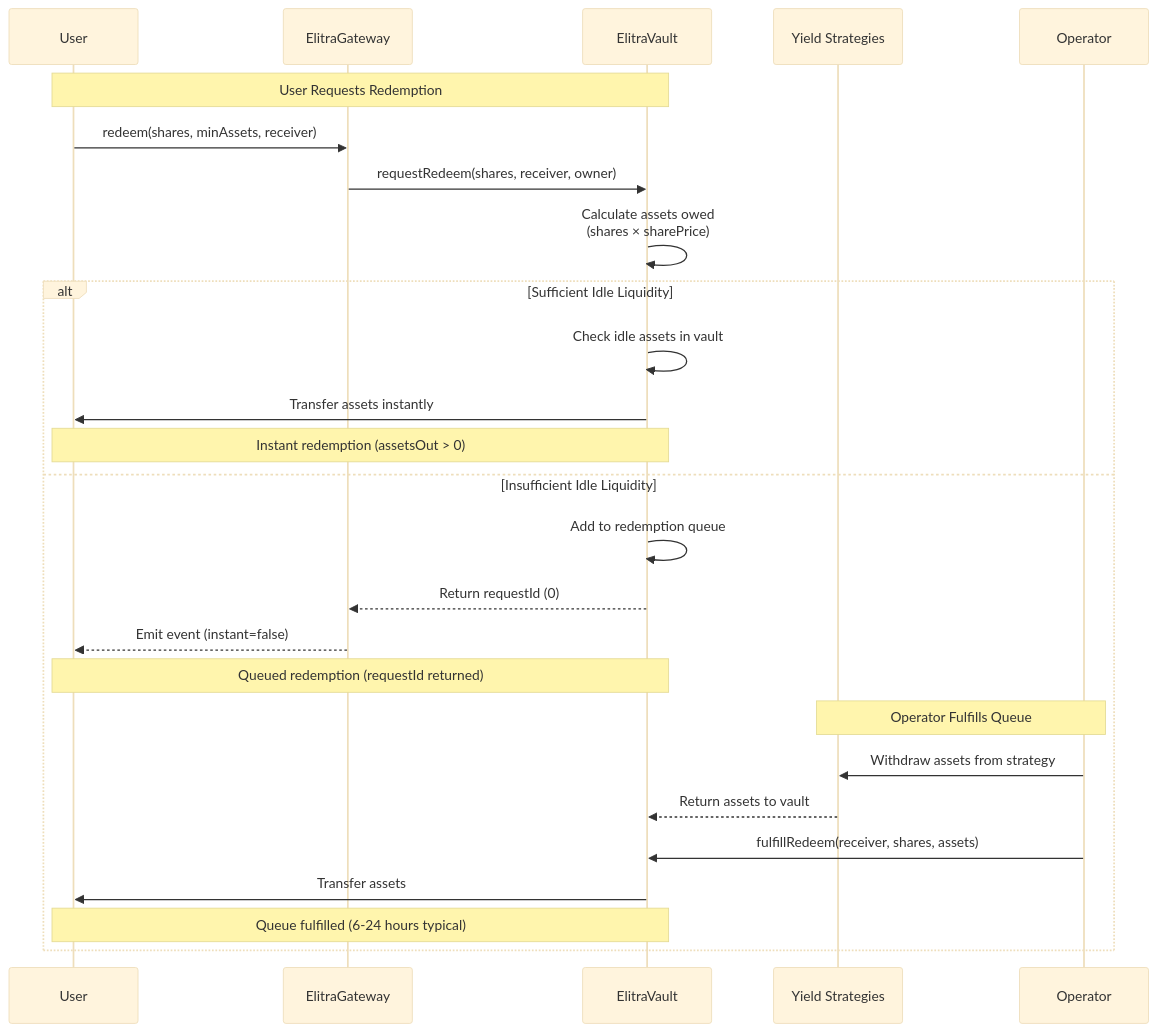
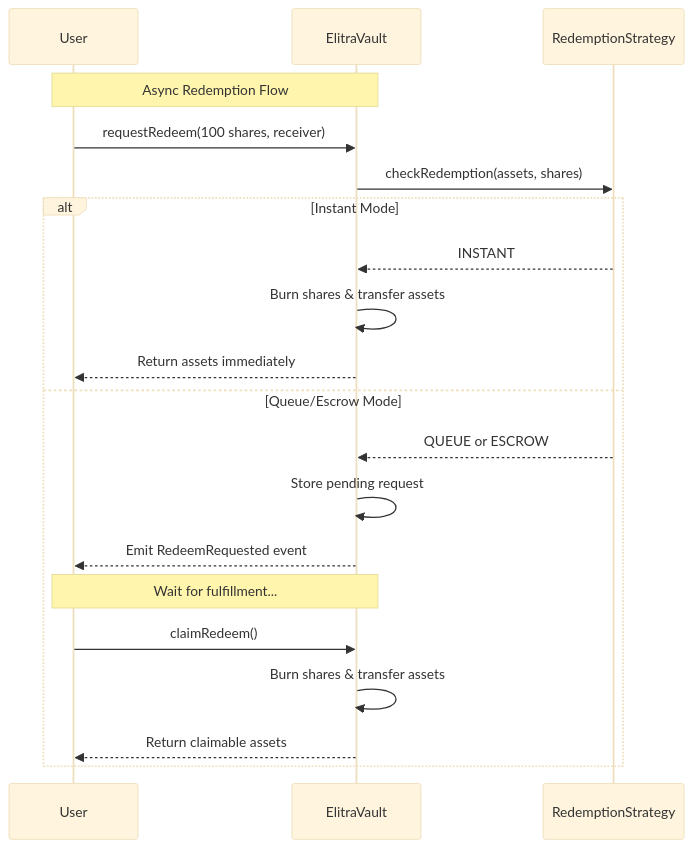
Before and after one commit to elitraOS/elitra-core: the third of 3 diagrams in README.md, drawn with Mermaid (base theme). The commit also changed other lines of this file and 25 other files, not shown here.

````diff
--- a/README.md
+++ b/README.md
@@ -433,31 +79,27 @@
 ```mermaid
 sequenceDiagram
     participant User
-    participant ElitraGateway
-    participant ElitraVault
-    participant Strategy as Yield Strategies
-    participant Operator
+    participant Vault as ElitraVault
+    participant Strategy as RedemptionStrategy
 
-    Note over User,ElitraVault: User Requests Redemption
-    User->>ElitraGateway: redeem(shares, minAssets, receiver)
-    ElitraGateway->>ElitraVault: requestRedeem(shares, receiver, owner)
-    ElitraVault->>ElitraVault: Calculate assets owed<br/>(shares × sharePrice)
+    Note over User,Vault: Async Redemption Flow
 
-    alt Sufficient Idle Liquidity
-        ElitraVault->>ElitraVault: Check idle assets in vault
-        ElitraVault->>User: Transfer assets instantly
-        Note over User,ElitraVault: Instant redemption (assetsOut > 0)
-    else Insufficient Idle Liquidity
-        ElitraVault->>ElitraVault: Add to redemption queue
-        ElitraVault-->>ElitraGateway: Return requestId (0)
-        ElitraGateway-->>User: Emit event (instant=false)
-        Note over User,ElitraVault: Queued redemption (requestId returned)
+    User->>Vault: requestRedeem(100 shares, receiver)
+    Vault->>Strategy: checkRedemption(assets, shares)
 
-        Note over Operator,Strategy: Operator Fulfills Queue
-        Operator->>Strategy: Withdraw assets from strategy
-        Strategy-->>ElitraVault: Return assets to vault
-        Operator->>ElitraVault: fulfillRedeem(receiver, shares, assets)
-        ElitraVault->>User: Transfer assets
-        Note over User,ElitraVault: Queue fulfilled (6-24 hours typical)
+    alt Instant Mode
+        Strategy-->>Vault: INSTANT
+        Vault->>Vault: Burn shares & transfer assets
+        Vault-->>User: Return assets immediately
+    else Queue/Escrow Mode
+        Strategy-->>Vault: QUEUE or ESCROW
+        Vault->>Vault: Store pending request
+        Vault-->>User: Emit RedeemRequested event
+
+        Note over User,Vault: Wait for fulfillment...
+
+        User->>Vault: claimRedeem()
+        Vault->>Vault: Burn shares & transfer assets
+        Vault-->>User: Return claimable assets
     end
 ```
````
